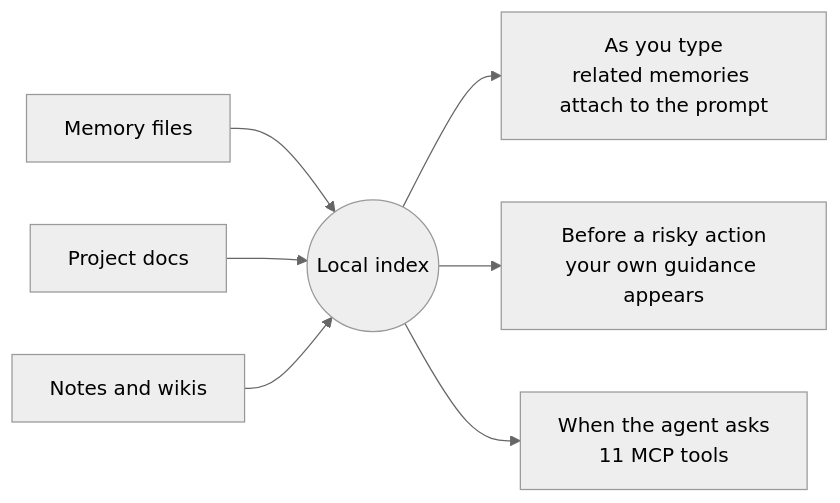
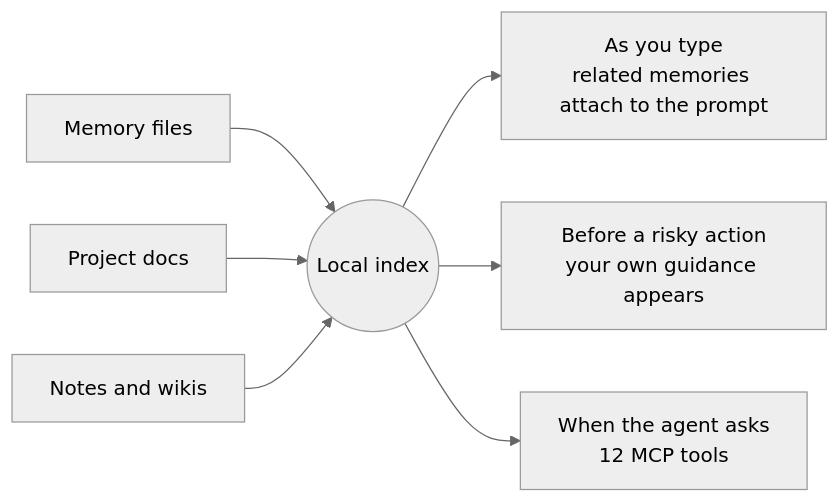
Before and after one commit to honeyground-org/local-brain: the diagram in README.md, drawn with Mermaid (neutral theme). The commit also changed other lines of this file and 19 other files, not shown here.

````diff
--- a/README.md
+++ b/README.md
@@ -58,9 +80,9 @@
 ```mermaid
 flowchart LR
   A[Memory files] --> I((Local index))
   B[Project docs] --> I
   C[Notes and wikis] --> I
   I --> T["As you type<br/>related memories attach to the prompt"]
   I --> R["Before a risky action<br/>your own guidance appears"]
-  I --> M["When the agent asks<br/>11 MCP tools"]
+  I --> M["When the agent asks<br/>12 MCP tools"]
 ```
````
